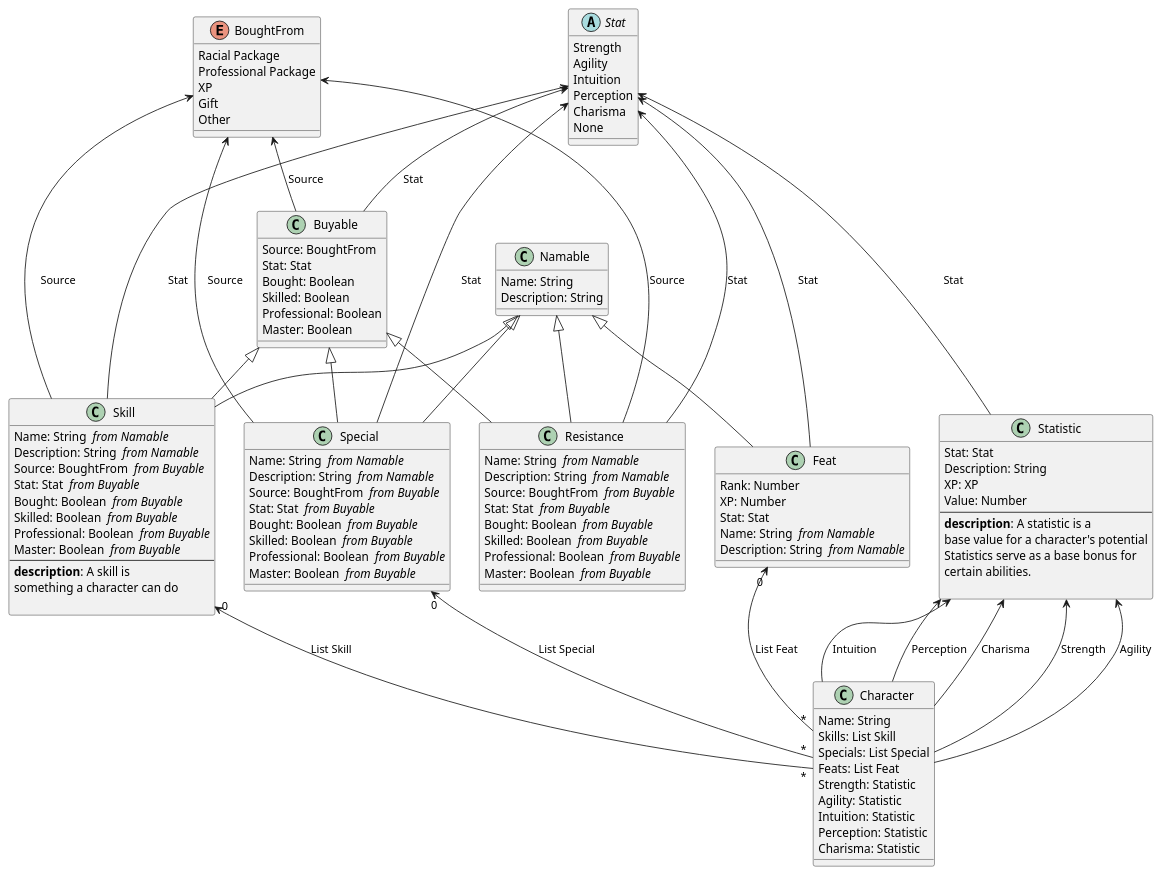
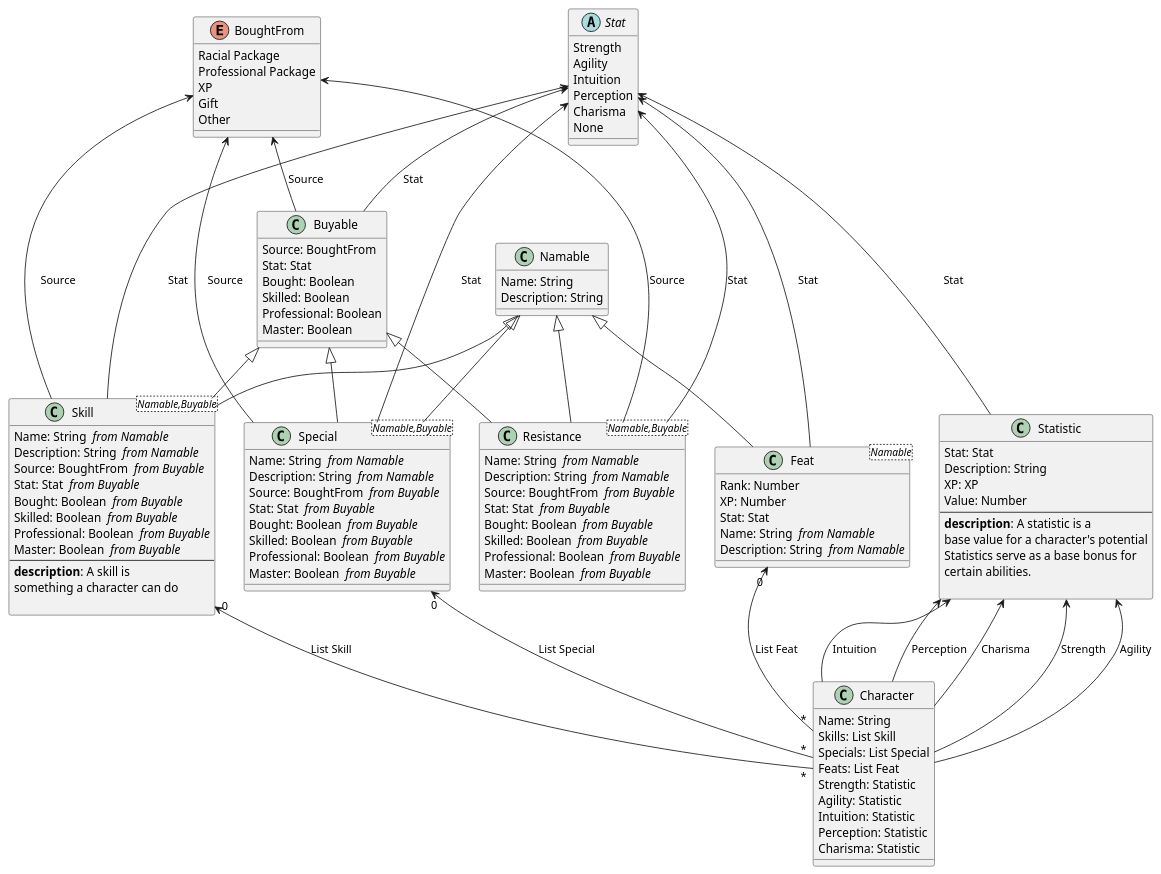
Before and after one commit to Baudin999/car-lang: the diagram in Examples/.out/v0.0.1/Aria/Aria.puml, drawn with PlantUML. The commit also changed 39 other files, not shown here.

```diff
--- a/Examples/.out/v0.0.1/Aria/Aria.puml
+++ b/Examples/.out/v0.0.1/Aria/Aria.puml
@@ -1,116 +1,117 @@
 enum BoughtFrom {
 	Racial Package
 	Professional Package
 	XP
 	Gift
 	Other
+
 }
 abstract "Stat" as Stat {
 	Strength 
 	Agility 
 	Intuition 
 	Perception 
 	Charisma 
 	None 
 }
 class "Namable" as Namable  {
 	Name: String 
 	Description: String 
 }
 class "Buyable" as Buyable  {
 	Source: BoughtFrom 
 	Stat: Stat 
 	Bought: Boolean 
 	Skilled: Boolean 
 	Professional: Boolean 
 	Master: Boolean 
 }
 BoughtFrom <-- Buyable : Source
 Stat <-- Buyable : Stat
-class "Skill " as Skill  {
+class "Skill " as Skill <Namable,Buyable> {
 	Name: String  <i>from Namable</i>
 	Description: String  <i>from Namable</i>
 	Source: BoughtFrom  <i>from Buyable</i>
 	Stat: Stat  <i>from Buyable</i>
 	Bought: Boolean  <i>from Buyable</i>
 	Skilled: Boolean  <i>from Buyable</i>
 	Professional: Boolean  <i>from Buyable</i>
 	Master: Boolean  <i>from Buyable</i>
 --
   <b>description</b>: A skill is
  something a character can do
     
 }
 BoughtFrom <-- Skill : Source
 Stat <-- Skill : Stat
 Namable <|-- Skill
 Buyable <|-- Skill
-class "Resistance " as Resistance  {
+class "Resistance " as Resistance <Namable,Buyable> {
 	Name: String  <i>from Namable</i>
 	Description: String  <i>from Namable</i>
 	Source: BoughtFrom  <i>from Buyable</i>
 	Stat: Stat  <i>from Buyable</i>
 	Bought: Boolean  <i>from Buyable</i>
 	Skilled: Boolean  <i>from Buyable</i>
 	Professional: Boolean  <i>from Buyable</i>
 	Master: Boolean  <i>from Buyable</i>
 }
 BoughtFrom <-- Resistance : Source
 Stat <-- Resistance : Stat
 Namable <|-- Resistance
 Buyable <|-- Resistance
-class "Special " as Special  {
+class "Special " as Special <Namable,Buyable> {
 	Name: String  <i>from Namable</i>
 	Description: String  <i>from Namable</i>
 	Source: BoughtFrom  <i>from Buyable</i>
 	Stat: Stat  <i>from Buyable</i>
 	Bought: Boolean  <i>from Buyable</i>
 	Skilled: Boolean  <i>from Buyable</i>
 	Professional: Boolean  <i>from Buyable</i>
 	Master: Boolean  <i>from Buyable</i>
 }
 BoughtFrom <-- Special : Source
 Stat <-- Special : Stat
 Namable <|-- Special
 Buyable <|-- Special
-class "Feat " as Feat  {
+class "Feat " as Feat <Namable> {
 	Rank: Number 
 	XP: Number 
 	Stat: Stat 
 	Name: String  <i>from Namable</i>
 	Description: String  <i>from Namable</i>
 }
 Stat <-- Feat : Stat
 Namable <|-- Feat
 class "Statistic" as Statistic  {
 	Stat: Stat 
 	Description: String 
 	XP: XP 
 	Value: Number 
 --
   <b>description</b>: A statistic is a
  base value for a character's potential
  Statistics serve as a base bonus for
  certain abilities.
     
 }
 Stat <-- Statistic : Stat
 class "Character" as Character  {
 	Name: String 
 	Skills: List Skill
 	Specials: List Special
 	Feats: List Feat
 	Strength: Statistic 
 	Agility: Statistic 
 	Intuition: Statistic 
 	Perception: Statistic 
 	Charisma: Statistic 
 }
 Statistic <-- Character : Strength
 Statistic <-- Character : Agility
 Statistic <-- Character : Intuition
 Statistic <-- Character : Perception
 Statistic <-- Character : Charisma
 Skill "0" <-- "*" Character : List Skill
 Special "0" <-- "*" Character : List Special
 Feat "0" <-- "*" Character : List Feat
```
